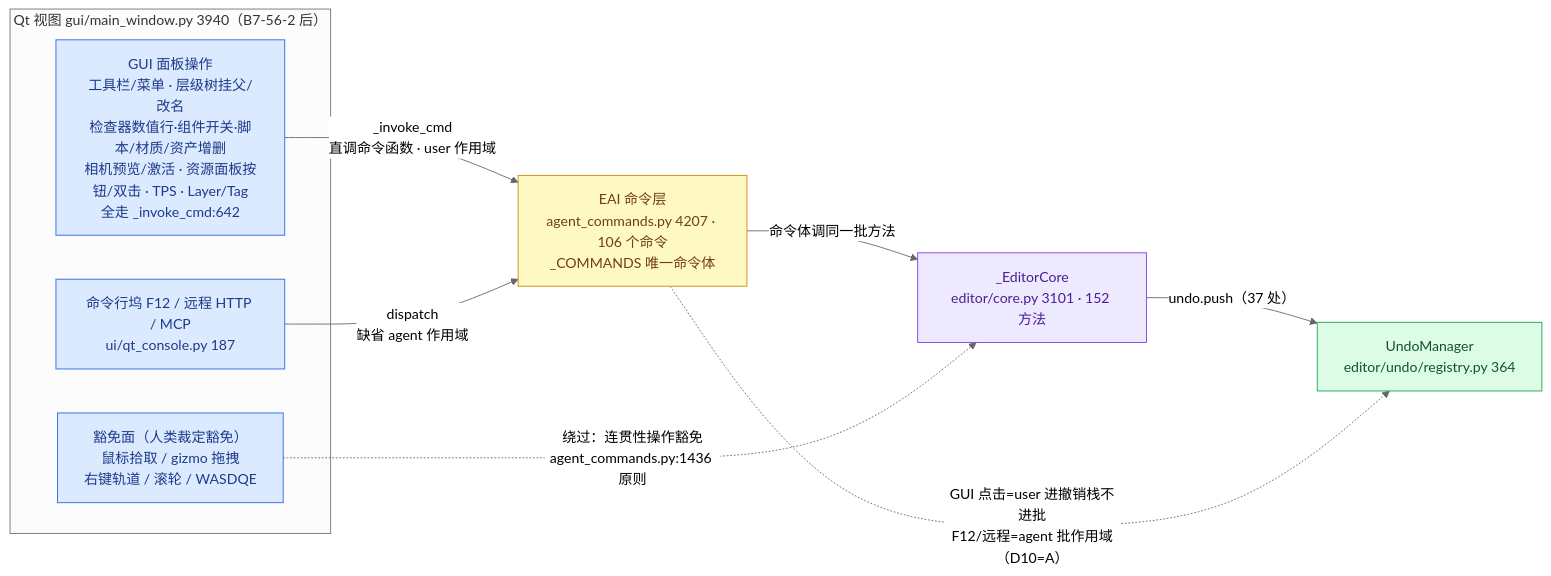
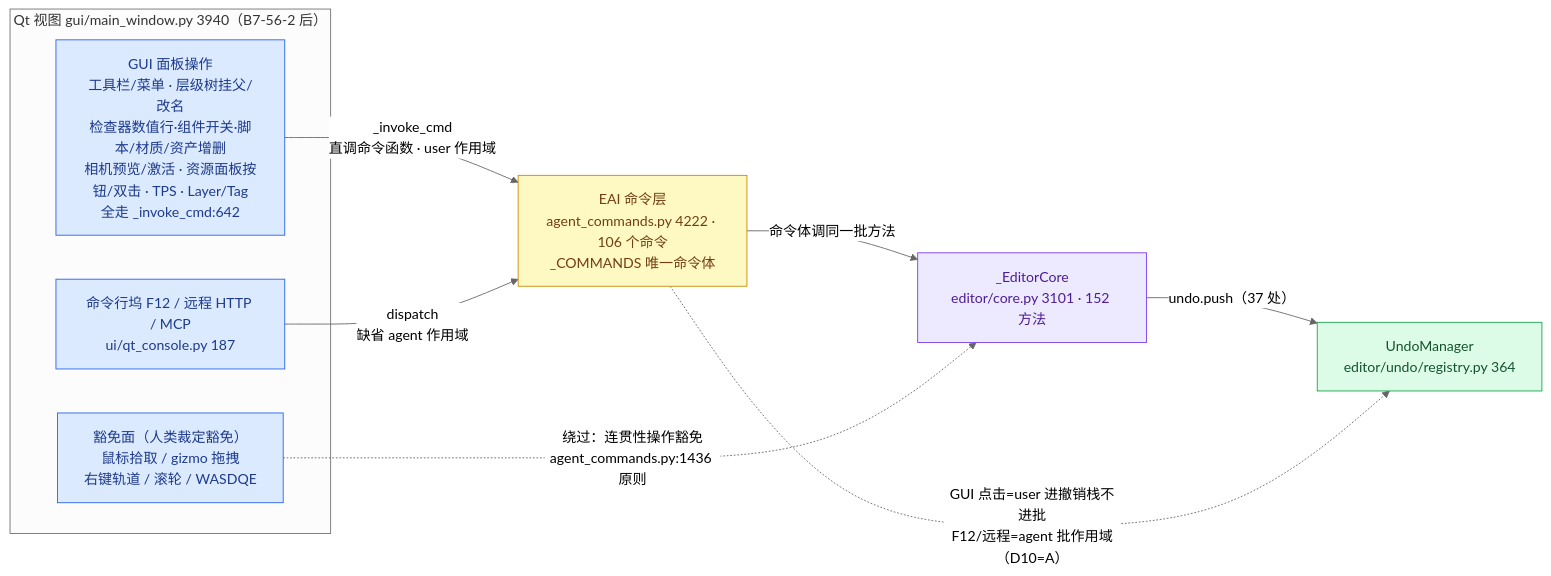
Before and after one commit to lhy302/WeaveEngine: diagram 17 of 23 in ARCHITECTURE.md, drawn with Mermaid (neutral theme). The commit also changed other lines of this file and 6 other files, not shown here.

Commit message:
终审收口(P1/P2): mouse_rel 门锁后稳定帧(夹具级,断言不动) + 台账 653→652/pause 70 + 图 937/4222/1436/6341~6342 + 4 探针过期标注

````diff
--- a/ARCHITECTURE.md
+++ b/ARCHITECTURE.md
@@ -1016,21 +1016,21 @@
 ```mermaid
 flowchart LR
   subgraph GUIL["Qt 视图 gui/main_window.py 3940（B7-56-2 后）"]
     G1["GUI 面板操作<br/>工具栏/菜单 · 层级树挂父/改名<br/>检查器数值行·组件开关·脚本/材质/资产增删<br/>相机预览/激活 · 资源面板按钮/双击 · TPS · Layer/Tag<br/>全走 _invoke_cmd:642"]:::gui
     G2["豁免面（人类裁定豁免）<br/>鼠标拾取 / gizmo 拖拽<br/>右键轨道 / 滚轮 / WASDQE"]:::gui
     G3["命令行坞 F12 / 远程 HTTP / MCP<br/>ui/qt_console.py 187"]:::gui
   end
-  E["EAI 命令层<br/>agent_commands.py 4207 · 106 个命令<br/>_COMMANDS 唯一命令体"]:::eai
+  E["EAI 命令层<br/>agent_commands.py 4222 · 106 个命令<br/>_COMMANDS 唯一命令体"]:::eai
   A["_EditorCore<br/>editor/core.py 3101 · 152 方法"]:::facade
   U["UndoManager<br/>editor/undo/registry.py 364"]:::undo
   G1 -->|_invoke_cmd<br/>直调命令函数 · user 作用域| E
   G3 -->|dispatch<br/>缺省 agent 作用域| E
   E -->|命令体调同一批方法| A
   G2 -.->|绕过：连贯性操作豁免<br/>agent_commands.py:1436 原则| A
   A -->|undo.push（37 处）| U
   E -.->|GUI 点击=user 进撤销栈不进批<br/>F12/远程=agent 批作用域（D10=A）| U
   classDef gui fill:#dbeafe,stroke:#2563eb,color:#1e3a8a
   classDef eai fill:#fef9c3,stroke:#ca8a04,color:#713f12
   classDef facade fill:#ede9fe,stroke:#7c3aed,color:#4c1d95
   classDef undo fill:#dcfce7,stroke:#16a34a,color:#14532d
 ```
````
